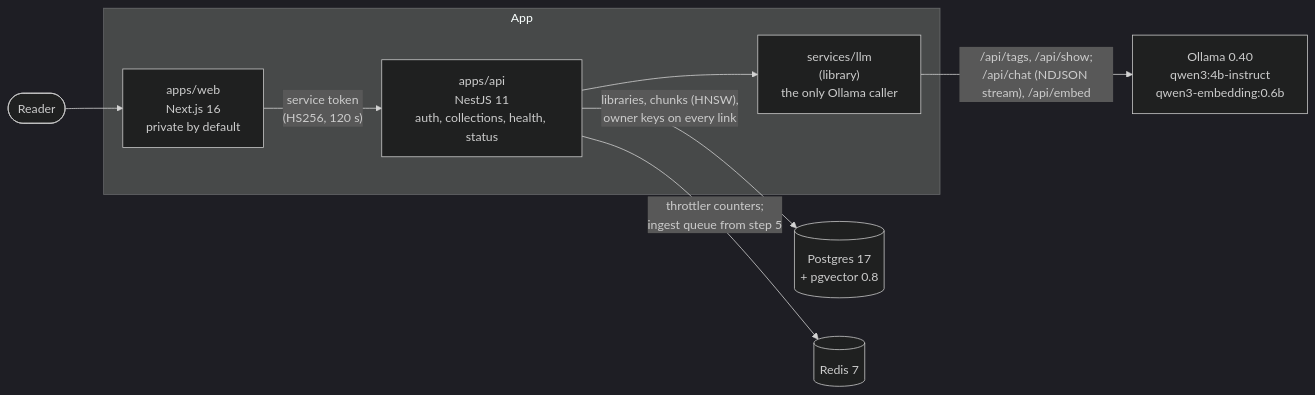
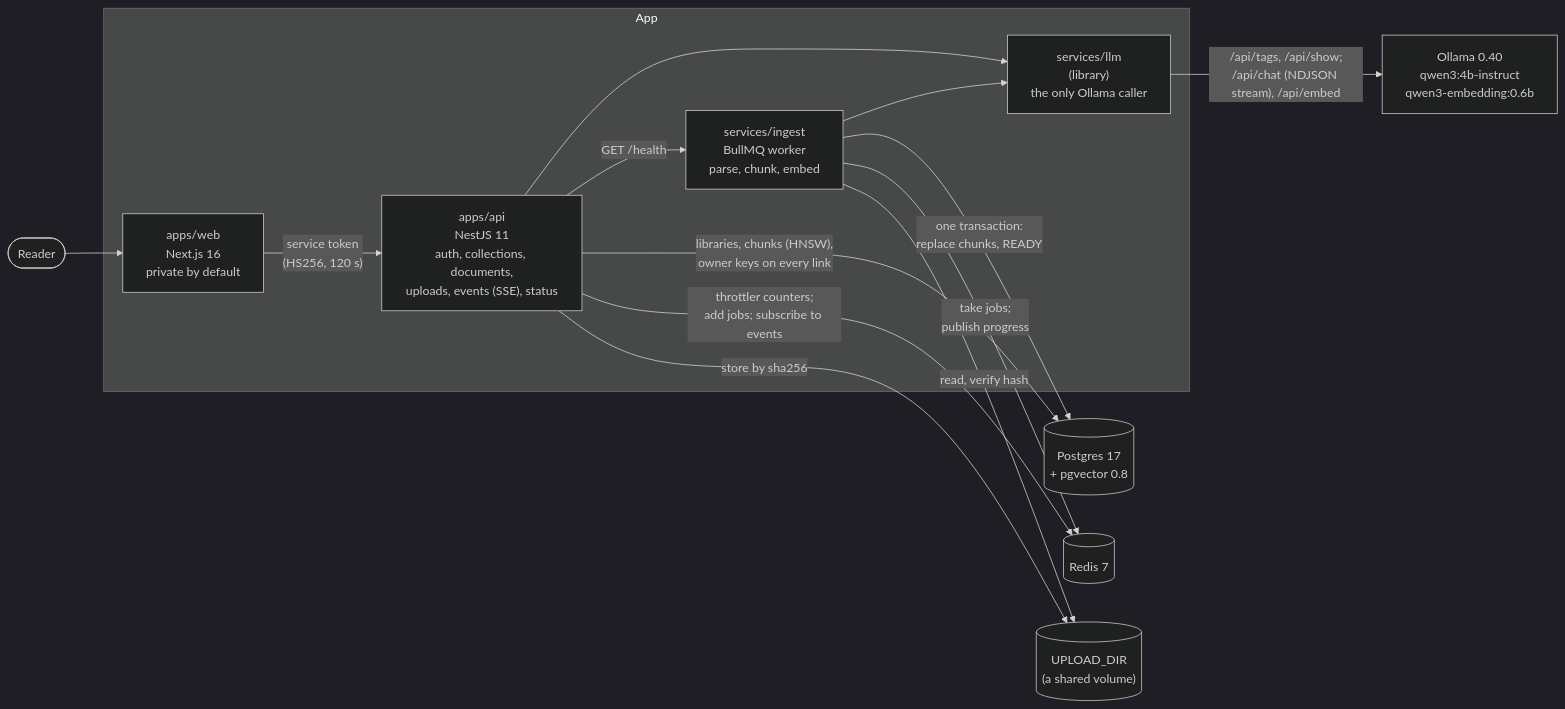
One commit to bastian-red/rag-assistant changed the diagram in README.md. Above: the diagram before and after it, drawn with Mermaid (dark theme). The commit also changed other lines of this file and 80 other files, not shown here.

First line of the commit message:
Build step 5: ingest worker and upload API

````diff
--- a/README.md
+++ b/README.md
@@ -26,13 +25,19 @@
 ```mermaid
 flowchart LR
   user([Reader]) --> web
 
   subgraph app ["App"]
-    web["apps/web<br/>Next.js 16<br/>private by default"] -->|"service token<br/>(HS256, 120 s)"| api["apps/api<br/>NestJS 11<br/>auth, collections, health, status"]
+    web["apps/web<br/>Next.js 16<br/>private by default"] -->|"service token<br/>(HS256, 120 s)"| api["apps/api<br/>NestJS 11<br/>auth, collections, documents,<br/>uploads, events (SSE), status"]
     api --> llm["services/llm<br/>(library)<br/>the only Ollama caller"]
+    ingest["services/ingest<br/>BullMQ worker<br/>parse, chunk, embed"] --> llm
+    api -->|"GET /health"| ingest
   end
 
   api -->|"libraries, chunks (HNSW),<br/>owner keys on every link"| pg[("Postgres 17<br/>+ pgvector 0.8")]
-  api -->|"throttler counters;<br/>ingest queue from step 5"| redis[(Redis 7)]
+  ingest -->|"one transaction:<br/>replace chunks, READY"| pg
+  api -->|"throttler counters;<br/>add jobs; subscribe to events"| redis[(Redis 7)]
+  ingest -->|"take jobs;<br/>publish progress"| redis
+  api -->|"store by sha256"| files[("UPLOAD_DIR<br/>(a shared volume)")]
+  ingest -->|"read, verify hash"| files
   llm -->|"/api/tags, /api/show;<br/>/api/chat (NDJSON stream), /api/embed"| ollama["Ollama 0.40<br/>qwen3:4b-instruct<br/>qwen3-embedding:0.6b"]
 ```
````
